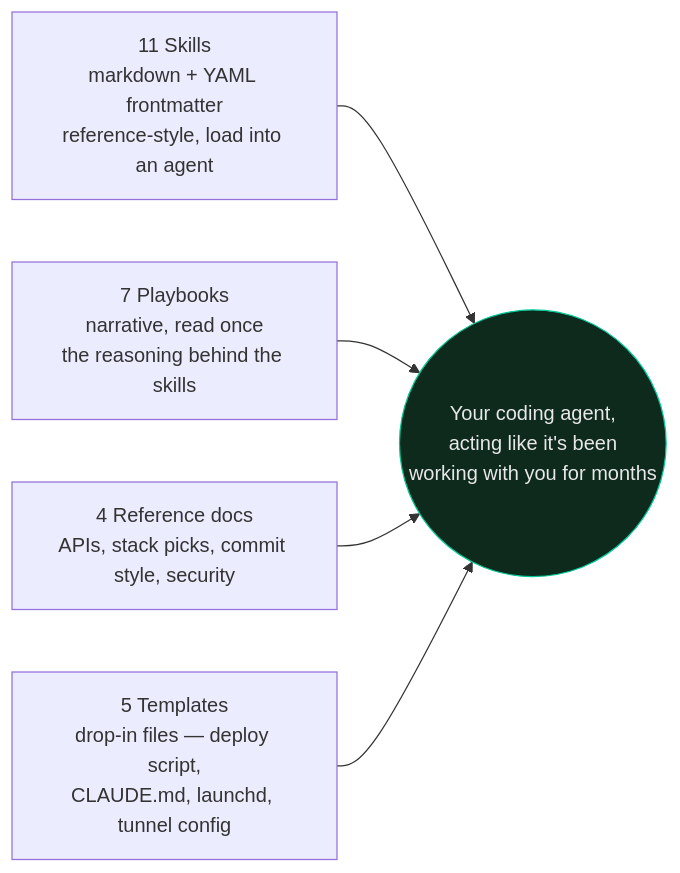
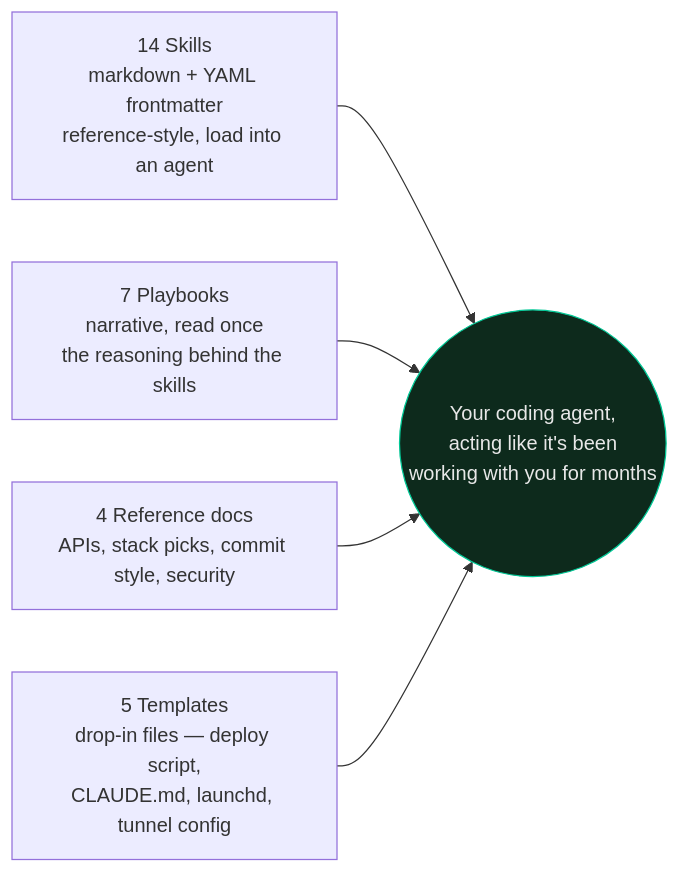
Before and after one commit to Nonarkara/dr-non-vibecoding-skills: the first of 3 diagrams in README.md, drawn with Mermaid. The commit also changed other lines of this file and 3 other files, not shown here.

````diff
--- a/README.md
+++ b/README.md
@@ -44,14 +44,14 @@
 ```mermaid
 flowchart LR
-    S["11 Skills\nmarkdown + YAML frontmatter\nreference-style, load into an agent"]
+    S["14 Skills\nmarkdown + YAML frontmatter\nreference-style, load into an agent"]
     P["7 Playbooks\nnarrative, read once\nthe reasoning behind the skills"]
     R["4 Reference docs\nAPIs, stack picks, commit style, security"]
     T["5 Templates\ndrop-in files — deploy script,\nCLAUDE.md, launchd, tunnel config"]
 
     S --> Agent(("Your coding agent,\nacting like it's been\nworking with you for months"))
     P --> Agent
     R --> Agent
     T --> Agent
 
     style Agent fill:#0d2a1c,stroke:#00c896,color:#e8e8e8
 ```
````
